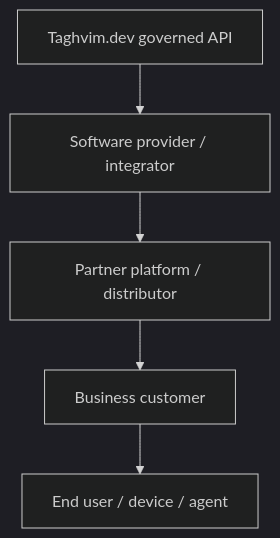
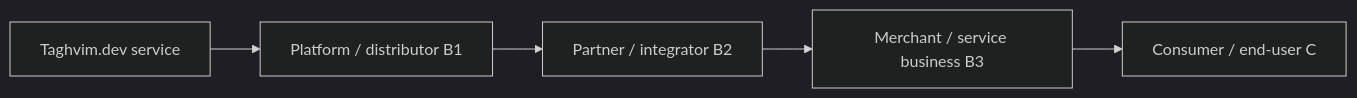
Before and after one commit to Taghvim-dev/.github: the diagram in docs/B2B2B2C.md, drawn with Mermaid (dark theme). The commit also changed other lines of this file and 5 other files, not shown here.

````diff
--- a/docs/B2B2B2C.md
+++ b/docs/B2B2B2C.md
@@ -5,7 +5,7 @@
 ```mermaid
-flowchart TB
- T["Taghvim.dev governed API"] --> A["Software provider / integrator"]
- A --> B["Partner platform / distributor"]
- B --> C["Business customer"]
- C --> D["End user / device / agent"]
+flowchart LR
+ T["Taghvim.dev service"] --> P["Platform / distributor B1"]
+ P --> M["Partner / integrator B2"]
+ M --> B["Merchant / service business B3"]
+ B --> C["Consumer / end-user C"]
 ```
````
